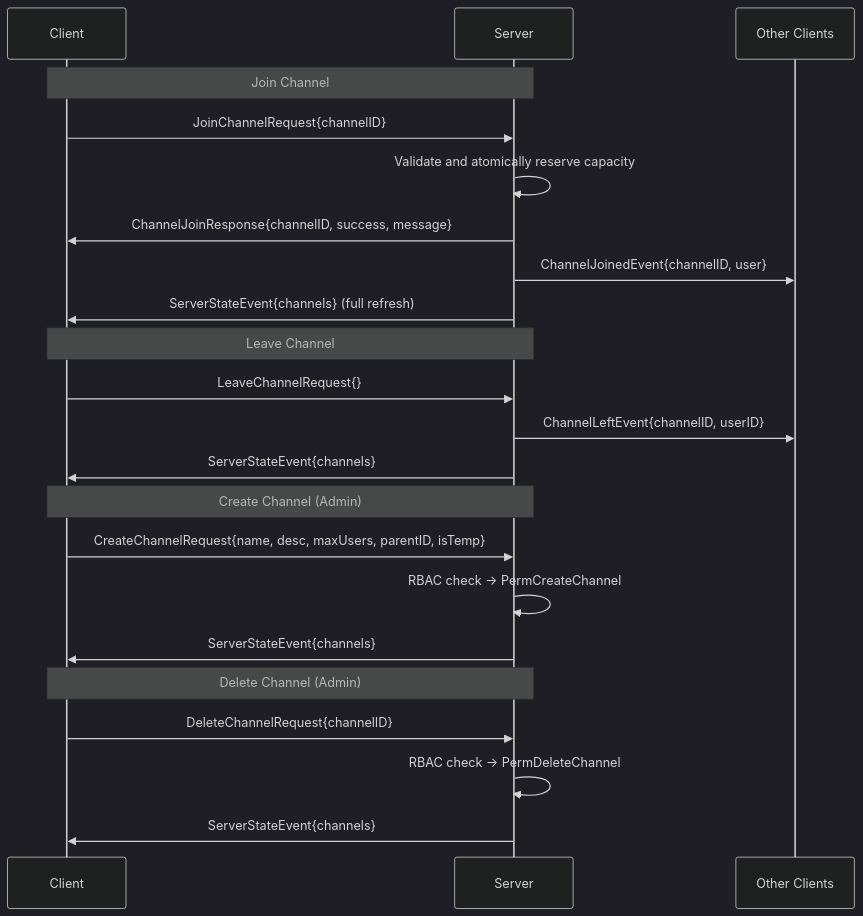
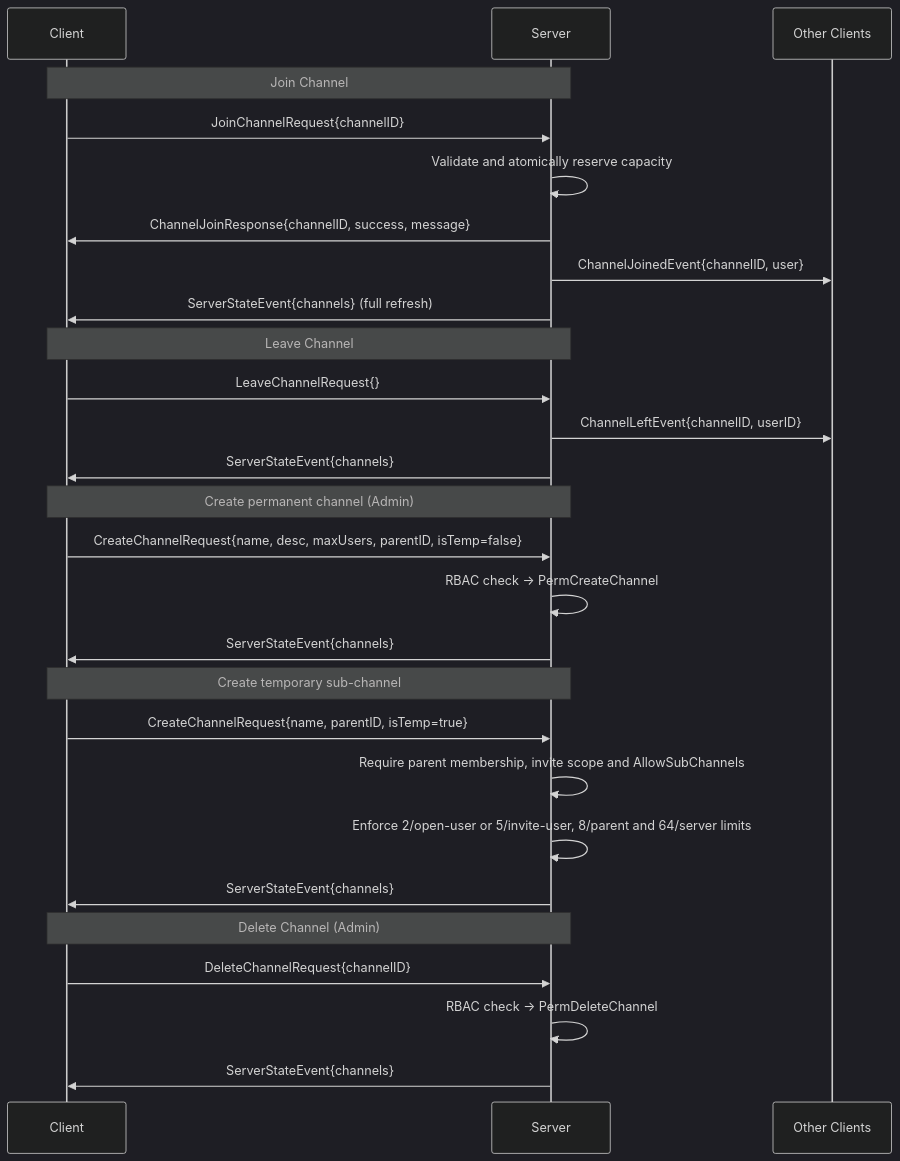
One commit to NicolasHaas/gospeak changed the second of 4 diagrams in docs/protocol.md. Above: the diagram before and after it, drawn with Mermaid (dark theme). The commit also changed other lines of this file and 13 other files, not shown here.

Commit message:
fix(server): enforce temporary channel lifecycle

````diff
--- a/docs/protocol.md
+++ b/docs/protocol.md
@@ -88,28 +88,34 @@
 ```mermaid
 sequenceDiagram
     participant C as Client
     participant S as Server
     participant Others as Other Clients
 
     Note over C,S: Join Channel
     C->>S: JoinChannelRequest{channelID}
     S->>S: Validate and atomically reserve capacity
     S->>C: ChannelJoinResponse{channelID, success, message}
     S->>Others: ChannelJoinedEvent{channelID, user}
     S->>C: ServerStateEvent{channels} (full refresh)
 
     Note over C,S: Leave Channel
     C->>S: LeaveChannelRequest{}
     S->>Others: ChannelLeftEvent{channelID, userID}
     S->>C: ServerStateEvent{channels}
 
-    Note over C,S: Create Channel (Admin)
-    C->>S: CreateChannelRequest{name, desc, maxUsers, parentID, isTemp}
+    Note over C,S: Create permanent channel (Admin)
+    C->>S: CreateChannelRequest{name, desc, maxUsers, parentID, isTemp=false}
     S->>S: RBAC check → PermCreateChannel
+    S->>C: ServerStateEvent{channels}
+
+    Note over C,S: Create temporary sub-channel
+    C->>S: CreateChannelRequest{name, parentID, isTemp=true}
+    S->>S: Require parent membership, invite scope and AllowSubChannels
+    S->>S: Enforce 2/open-user or 5/invite-user, 8/parent and 64/server limits
     S->>C: ServerStateEvent{channels}
 
     Note over C,S: Delete Channel (Admin)
     C->>S: DeleteChannelRequest{channelID}
     S->>S: RBAC check → PermDeleteChannel
     S->>C: ServerStateEvent{channels}
 ```
````
